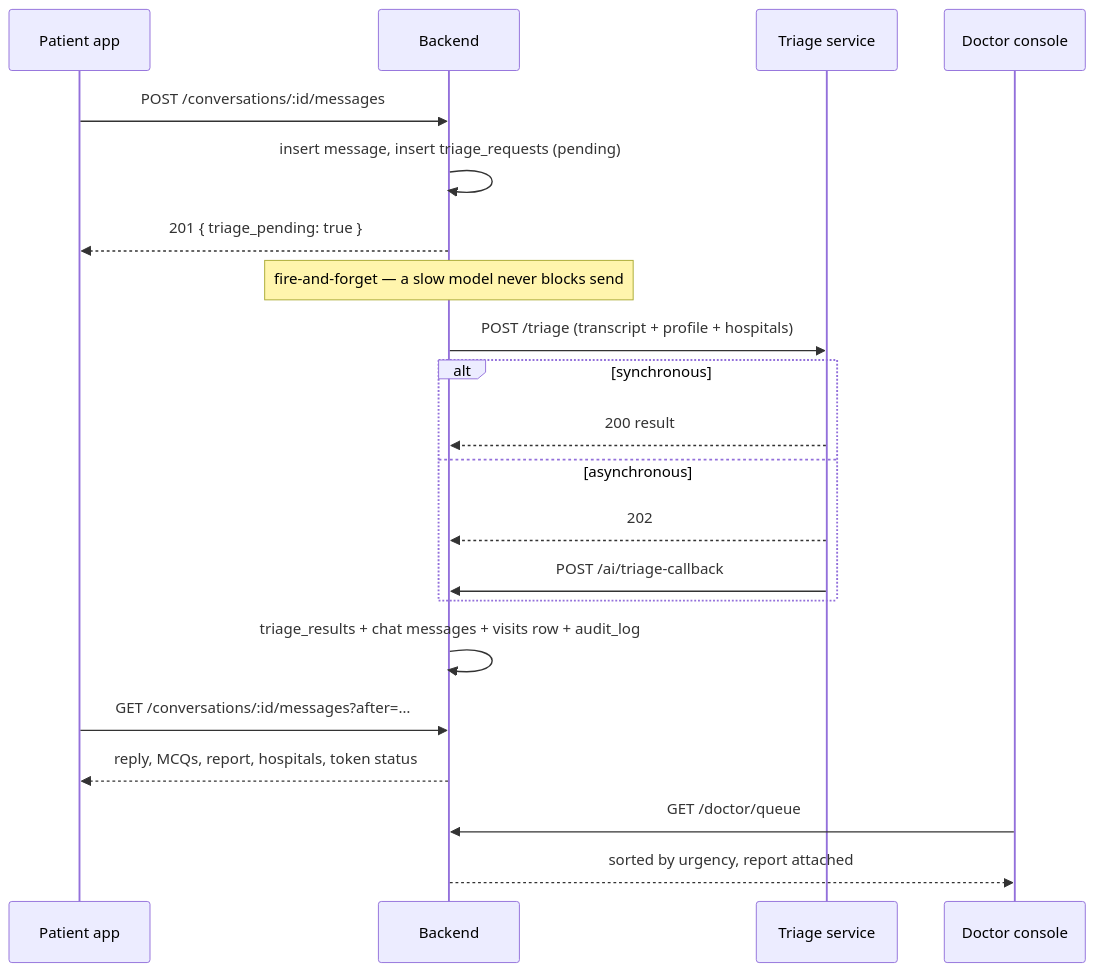
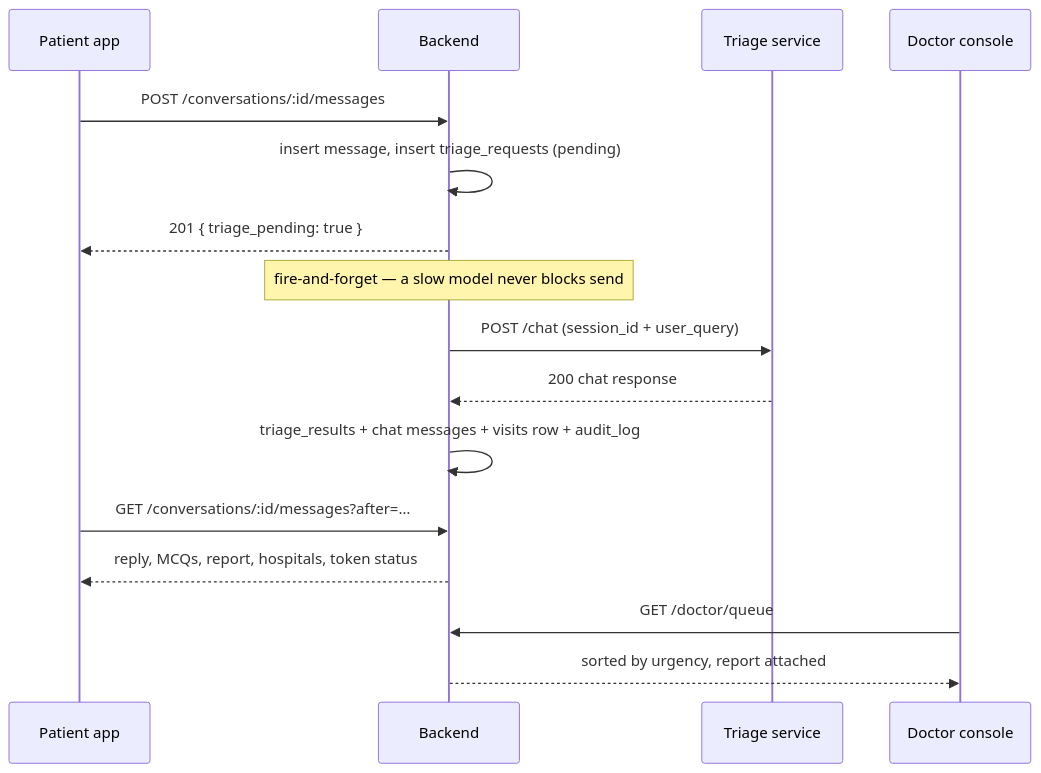
The second of 2 diagrams in docs/Architecture.md (BrataBuilds/Sanjeevani-AI), drawn with Mermaid before and after one commit. The commit also changed other lines of this file and 31 other files, not shown here.

````diff
--- a/docs/Architecture.md
+++ b/docs/Architecture.md
@@ -43,26 +43,21 @@
 ```mermaid
 sequenceDiagram
     participant P as Patient app
     participant API as Backend
     participant AI as Triage service
     participant D as Doctor console
 
     P->>API: POST /conversations/:id/messages
     API->>API: insert message, insert triage_requests (pending)
     API-->>P: 201 { triage_pending: true }
     Note over API: fire-and-forget — a slow model never blocks send
 
-    API->>AI: POST /triage (transcript + profile + hospitals)
-    alt synchronous
-      AI-->>API: 200 result
-    else asynchronous
-      AI-->>API: 202
-      AI->>API: POST /ai/triage-callback
-    end
+    API->>AI: POST /chat (session_id + user_query)
+    AI-->>API: 200 chat response
 
     API->>API: triage_results + chat messages + visits row + audit_log
     P->>API: GET /conversations/:id/messages?after=…
     API-->>P: reply, MCQs, report, hospitals, token status
     D->>API: GET /doctor/queue
     API-->>D: sorted by urgency, report attached
 ```
````
